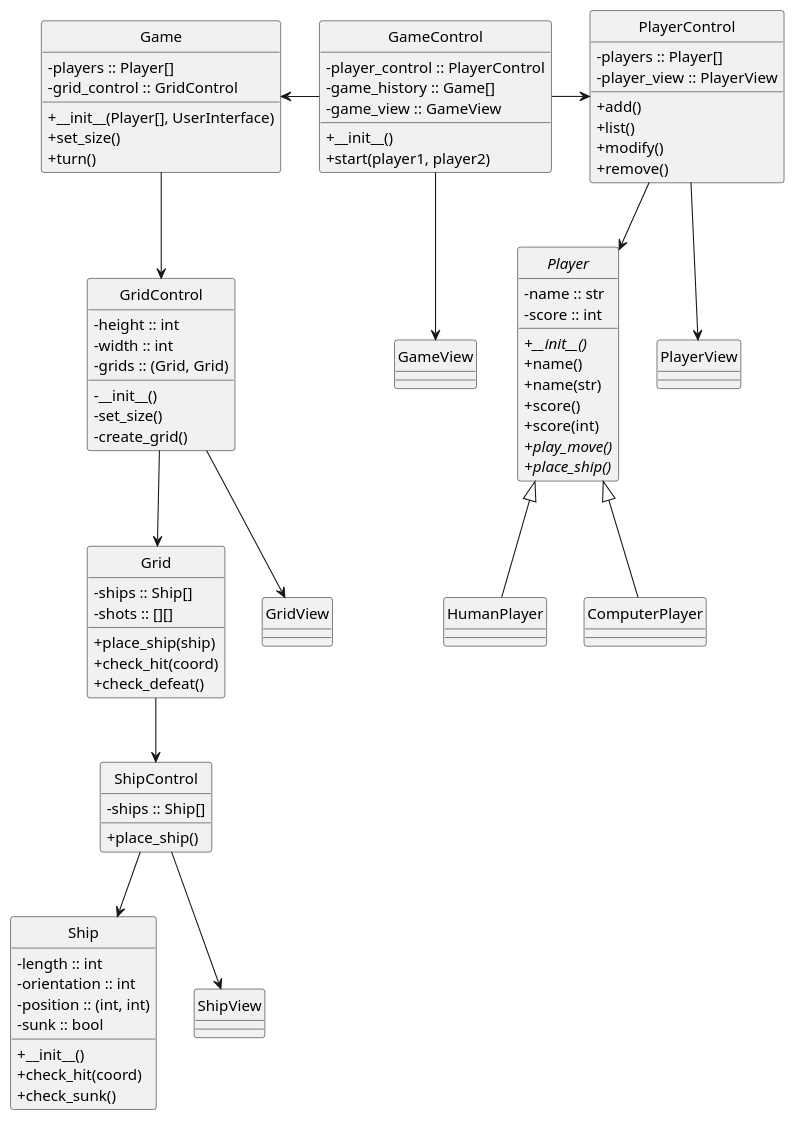
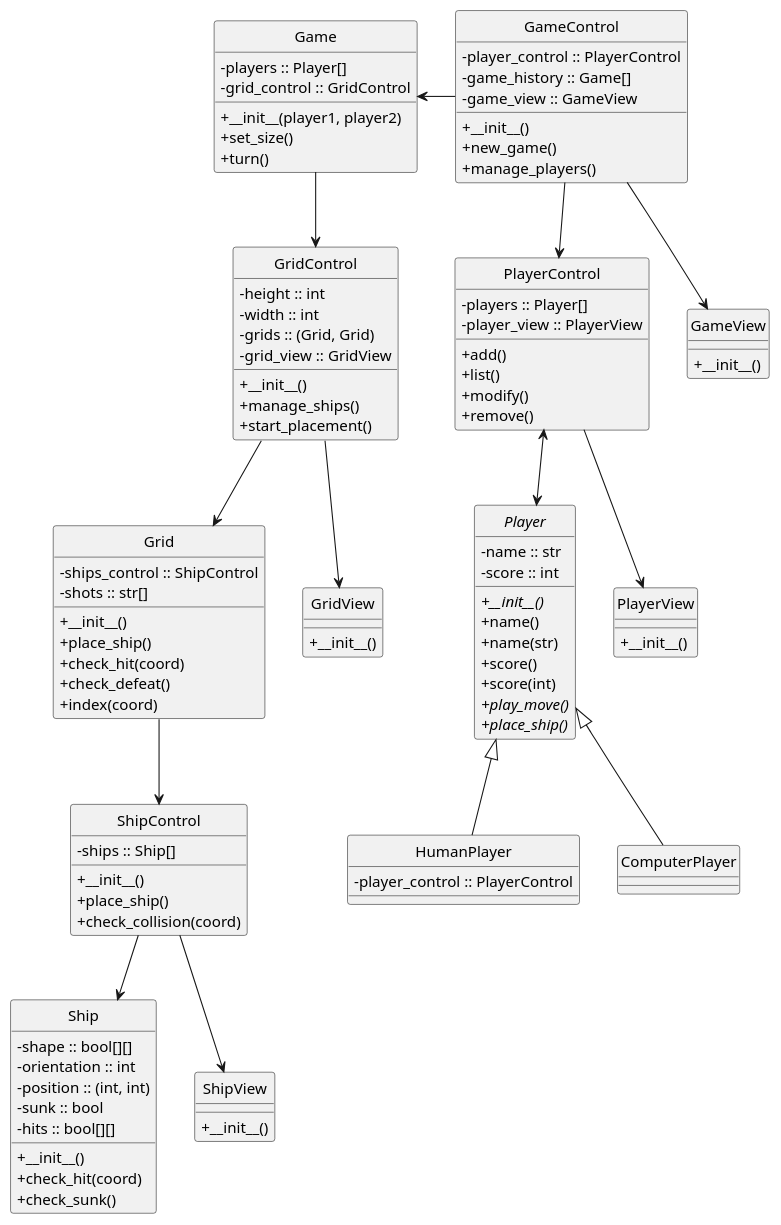
Before and after one commit to leoniro/battleship: the diagram in uml_diagram.puml, drawn with PlantUML.

Commit message:
mais uml

```diff
--- a/uml_diagram.puml
+++ b/uml_diagram.puml
@@ -1,112 +1,121 @@
 @startuml battleship_class_diagram
 
 skinparam classAttributeIconSize 0
 'left to right direction
 hide circle
 
 class GameControl {
     - player_control :: PlayerControl
     - game_history :: Game[]
     - game_view :: GameView
     + __init__()
-    + start(player1, player2)
+    + new_game()
+    + manage_players()
 }
 
 class Game {
     - players :: Player[] 
     - grid_control :: GridControl
-    + __init__(Player[], UserInterface)
+    + __init__(player1, player2)
     + set_size()
     + turn()
 }
 
 class GameView {
-
+    + __init__()
 }
 
 
 class GridControl {
     - height :: int
     - width :: int
     - grids :: (Grid, Grid) {field}
-    - __init__()
-    - set_size()
-    - create_grid()
+    - grid_view :: GridView
+    + __init__()
+    + manage_ships()
+    + start_placement()
 }
 
 class Grid {
-    - ships :: Ship[]
-    - shots :: [][]
-    + place_ship(ship)
+    - ships_control :: ShipControl
+    - shots :: str[]
+    + __init__()
+    + place_ship()
     + check_hit(coord)
     + check_defeat()
+    + index(coord)
 }
 
 class GridView {
-
+    + __init__()
 }
 
 class ShipControl{
     - ships :: Ship[]
+    + __init__()
     + place_ship()
+    + check_collision(coord)
 }
 
 class Ship {
-    - length :: int
+    - shape :: bool[][]
     - orientation :: int
     - position :: (int, int) {field}
     - sunk :: bool
+    - hits :: bool[][]
     + __init__()
     + check_hit(coord)
     + check_sunk()
 }
 
 class ShipView {
-
+    + __init__()
 }
 
 class PlayerControl {
     - players :: Player[]
     - player_view :: PlayerView
     + add()
     + list()
     + modify()
     + remove()
 }
 
 abstract class Player {
     - name :: str
     - score :: int
     + __init__() {abstract}
     + name()
     + name(str)
     + score()
     + score(int)
     + play_move() {abstract}
     + place_ship() {abstract}
 }
 
 class PlayerView {
-
+    + __init__()
 }
 
-class HumanPlayer {}
+class HumanPlayer {
+    - player_control :: PlayerControl
+}
 class ComputerPlayer {}
 
-PlayerControl <-l- GameControl
-Player <-u- PlayerControl
+PlayerControl <-u- GameControl
+Player <-u-> PlayerControl
 PlayerView <-u- PlayerControl
 
 HumanPlayer -u-|> Player
 ComputerPlayer -u-|> Player
 
 GameControl -l-> Game
 GameControl --> GameView
 Game --> GridControl
 GridControl --> Grid
 GridControl --> GridView
 Grid --> ShipControl
 ShipControl --> Ship
 ShipControl --> ShipView
 
 @enduml
```
